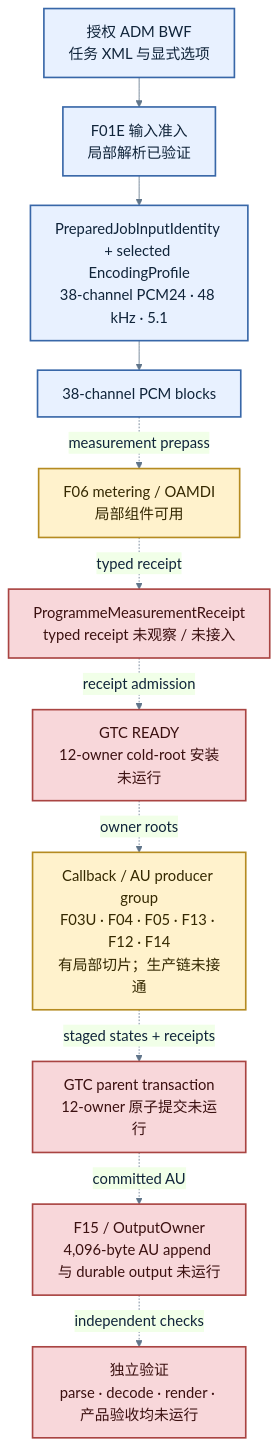
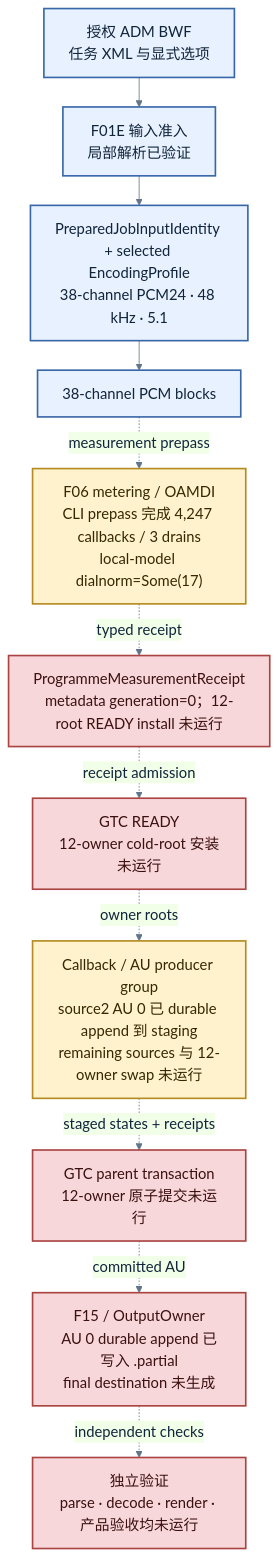
Before and after one commit to chyinan/JOCForge: the diagram in docs/architecture/adm-to-eac3joc-chain-status.md, drawn with Mermaid. The commit also changed other lines of this file, not shown here.

````diff
--- a/docs/architecture/adm-to-eac3joc-chain-status.md
+++ b/docs/architecture/adm-to-eac3joc-chain-status.md
@@ -17,31 +39,31 @@
 ```mermaid
 %%{init: {"theme": "base", "themeVariables": {"fontFamily": "Segoe UI, Microsoft YaHei, sans-serif", "fontSize": "18px", "primaryColor": "#e8f1ff", "primaryTextColor": "#10243a", "lineColor": "#60758a"}, "flowchart": {"nodeSpacing": 28, "rankSpacing": 36, "htmlLabels": true}}}%%
 flowchart TB
   INPUT["授权 ADM BWF<br/>任务 XML 与显式选项"]
   ADMIT["F01E 输入准入<br/>局部解析已验证"]
   PROFILE["PreparedJobInputIdentity + selected EncodingProfile<br/>38-channel PCM24 · 48 kHz · 5.1"]
   PCM["38-channel PCM blocks"]
-  METER["F06 metering / OAMDI<br/>局部组件可用"]
-  MEASUREMENT["ProgrammeMeasurementReceipt<br/>typed receipt 未观察 / 未接入"]
+  METER["F06 metering / OAMDI<br/>CLI prepass 完成 4,247 callbacks / 3 drains<br/>local-model dialnorm=Some(17)"]
+  MEASUREMENT["ProgrammeMeasurementReceipt<br/>metadata generation=0；12-root READY install 未运行"]
   READY["GTC READY<br/>12-owner cold-root 安装未运行"]
-  PRODUCERS["Callback / AU producer group<br/>F03U · F04 · F05 · F13 · F12 · F14<br/>有局部切片；生产链未接通"]
+  PRODUCERS["Callback / AU producer group<br/>source2 AU 0 已 durable append 到 staging<br/>remaining sources 与 12-owner swap 未运行"]
   TRANSACTION["GTC parent transaction<br/>12-owner 原子提交未运行"]
-  OUTPUT["F15 / OutputOwner<br/>4,096-byte AU append 与 durable output 未运行"]
+  OUTPUT["F15 / OutputOwner<br/>AU 0 durable append 已写入 .partial<br/>final destination 未生成"]
   VALIDATE["独立验证<br/>parse · decode · render · 产品验收均未运行"]
 
   INPUT --> ADMIT --> PROFILE --> PCM
   PCM -. "measurement prepass" .-> METER
   METER -. "typed receipt" .-> MEASUREMENT
   MEASUREMENT -. "receipt admission" .-> READY
   READY -. "owner roots" .-> PRODUCERS
   PRODUCERS -. "staged states + receipts" .-> TRANSACTION
   TRANSACTION -. "committed AU" .-> OUTPUT
   OUTPUT -. "independent checks" .-> VALIDATE
 
   classDef contract fill:#e8f1ff,stroke:#3867a8,color:#10243a,stroke-width:2px;
   classDef partial fill:#fff2cc,stroke:#b58b21,color:#342800,stroke-width:2px;
   classDef missing fill:#f8d7da,stroke:#a94442,color:#3b1010,stroke-width:2px;
   class INPUT,ADMIT,PROFILE,PCM contract;
   class METER,PRODUCERS partial;
   class MEASUREMENT,READY,TRANSACTION,OUTPUT,VALIDATE missing;
 ```
````
